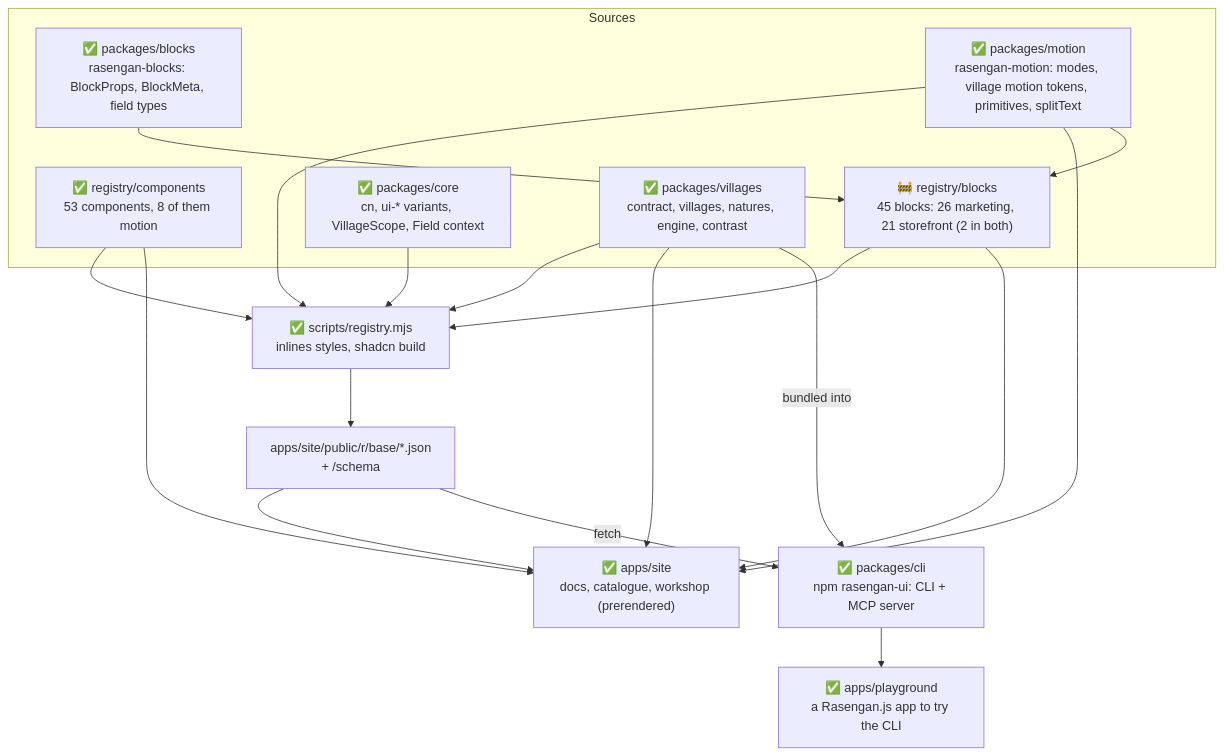
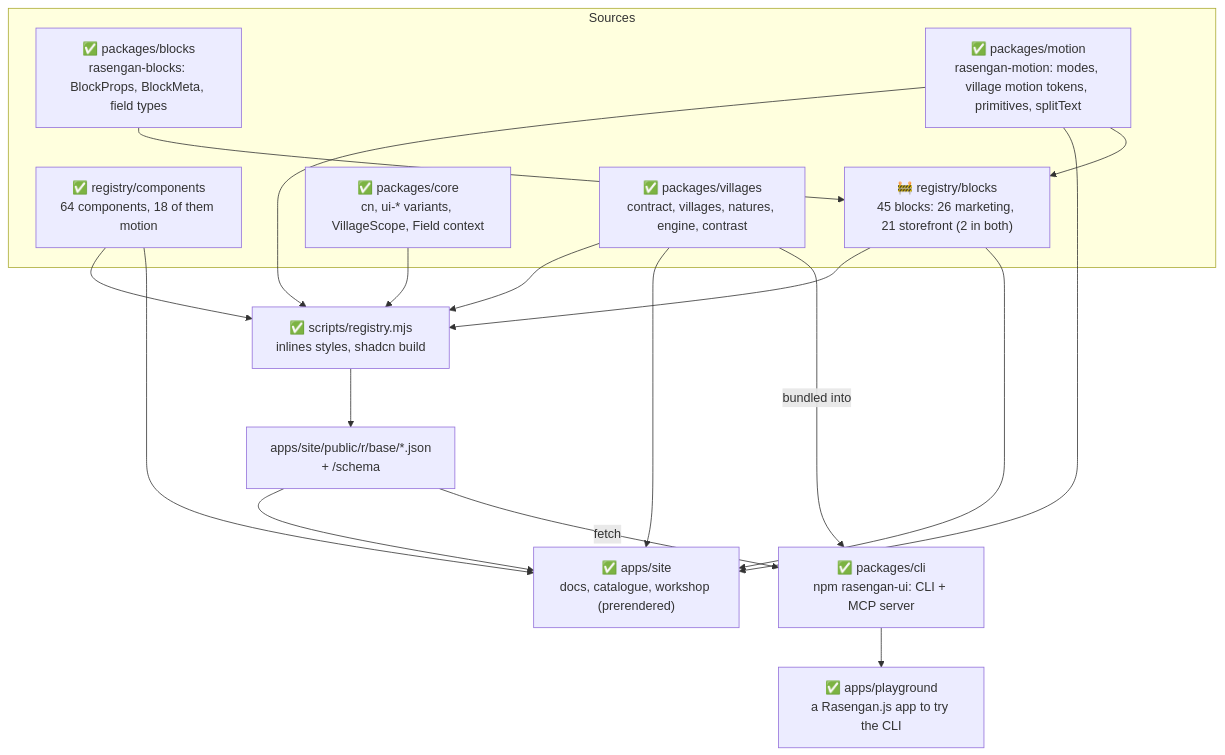
Before and after one commit to rasengan-dev/rasengan-ui: the second of 5 diagrams in docs/architecture.md, drawn with Mermaid. The commit also changed other lines of this file and 22 other files, not shown here.

````diff
--- a/docs/architecture.md
+++ b/docs/architecture.md
@@ -41,34 +41,34 @@
 ```mermaid
 flowchart TB
   subgraph source[Sources]
-    comps["✅ registry/components<br/>53 components, 8 of them motion"]
+    comps["✅ registry/components<br/>64 components, 18 of them motion"]
     blocks["🚧 registry/blocks<br/>45 blocks: 26 marketing, 21 storefront (2 in both)"]
     blockslib["✅ packages/blocks<br/>rasengan-blocks: BlockProps, BlockMeta, field types"]
     core["✅ packages/core<br/>cn, ui-* variants, VillageScope, Field context"]
     villages["✅ packages/villages<br/>contract, villages, natures, engine, contrast"]
     motion["✅ packages/motion<br/>rasengan-motion: modes, village motion tokens, primitives, splitText"]
   end
 
   build["✅ scripts/registry.mjs<br/>inlines styles, shadcn build"]
   public["apps/site/public/r/base/*.json<br/>+ /schema"]
   site["✅ apps/site<br/>docs, catalogue, workshop (prerendered)"]
   cli["✅ packages/cli<br/>npm rasengan-ui: CLI + MCP server"]
   play["✅ apps/playground<br/>a Rasengan.js app to try the CLI"]
 
   comps --> build
   core --> build
   villages --> build
   build --> public
   public --> site
   villages --> site
   comps --> site
   public -- fetch --> cli
   villages -- bundled into --> cli
   cli --> play
   motion --> build
   motion --> site
   motion --> blocks
   blockslib --> blocks
   blocks --> build
   blocks --> site
 ```
````
